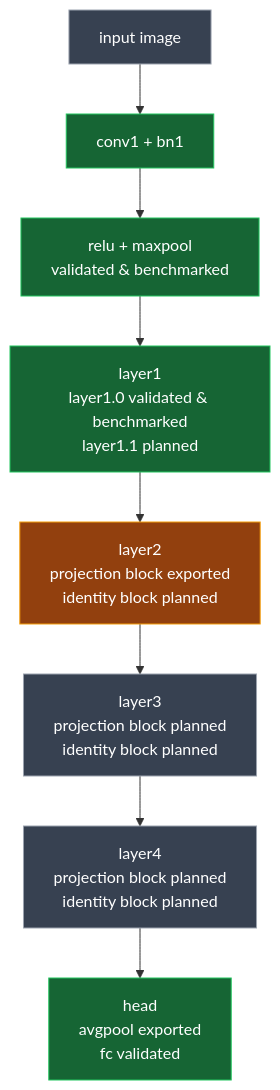
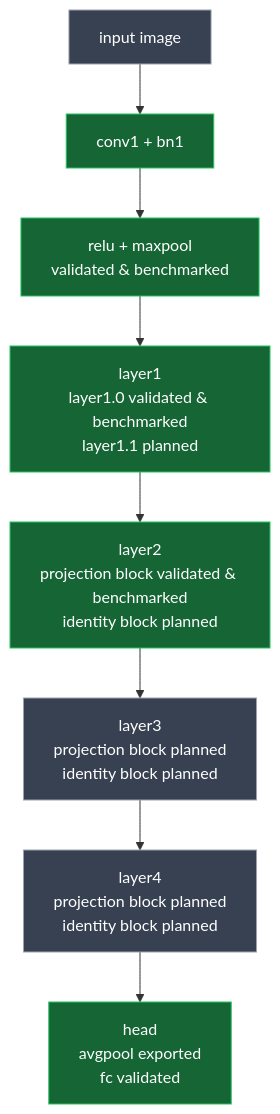
Before and after one commit to awaldm/dlinf: the diagram in docs/resnet18_coverage.md, drawn with Mermaid. The commit also changed other lines of this file and 10 other files, not shown here.

````diff
--- a/docs/resnet18_coverage.md
+++ b/docs/resnet18_coverage.md
@@ -10,22 +10,21 @@
 ```mermaid
 flowchart TB
     input["input image"]
     convbn["conv1 + bn1"]
     relupool["relu + maxpool<br/>validated &amp; benchmarked"]
     layer1["layer1<br/>layer1.0 validated &amp; benchmarked<br/>layer1.1 planned"]
-    layer2["layer2<br/>projection block exported<br/>identity block planned"]
+    layer2["layer2<br/>projection block validated &amp; benchmarked<br/>identity block planned"]
     layer3["layer3<br/>projection block planned<br/>identity block planned"]
     layer4["layer4<br/>projection block planned<br/>identity block planned"]
     head["head<br/>avgpool exported<br/>fc validated"]
 
 
     input --> convbn --> relupool --> layer1 --> layer2 --> layer3 --> layer4 --> head
 
     classDef validated fill:#166534,stroke:#22c55e,color:#ffffff;
     classDef exported fill:#92400e,stroke:#f59e0b,color:#ffffff;
     classDef planned fill:#374151,stroke:#9ca3af,color:#ffffff;
 
-    class convbn,layer1,head,relupool validated;
-    class layer2 exported;
+    class convbn,layer1,layer2,head,relupool validated;
     class input,layer3,layer4 planned;
 ```
````
